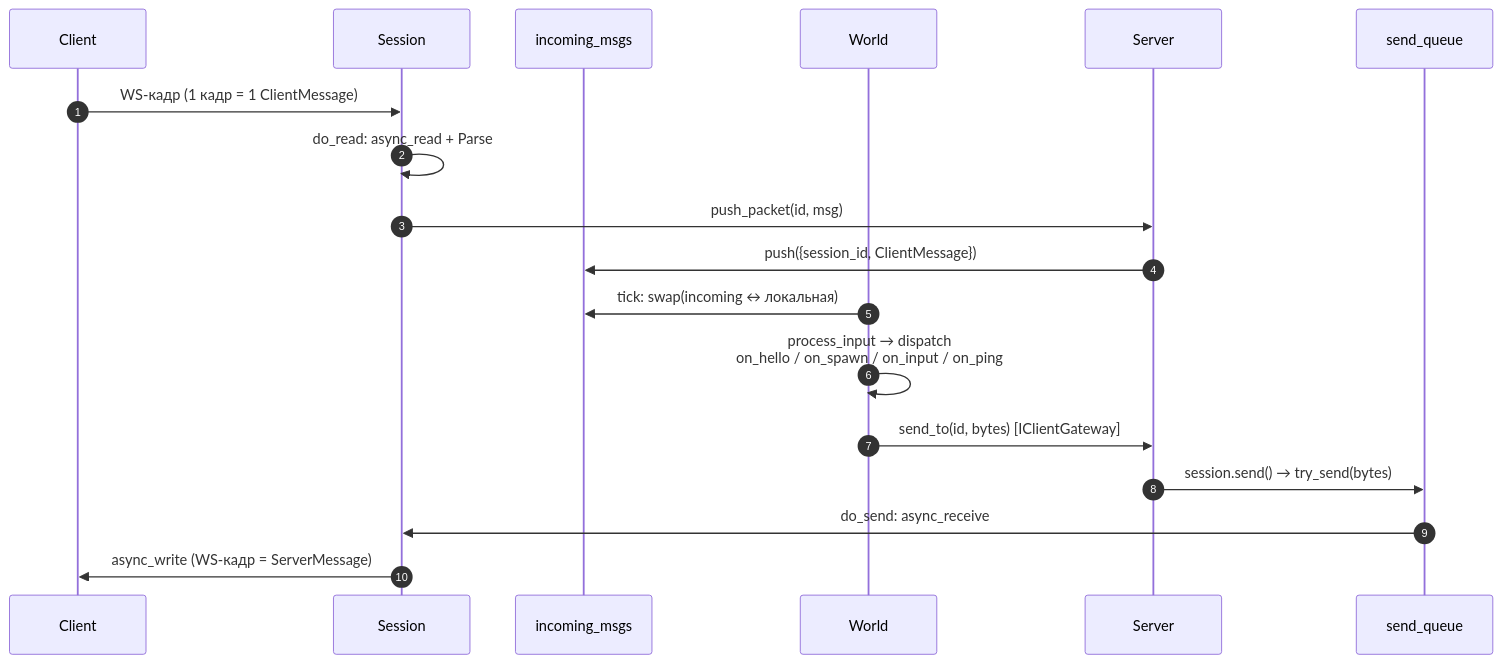
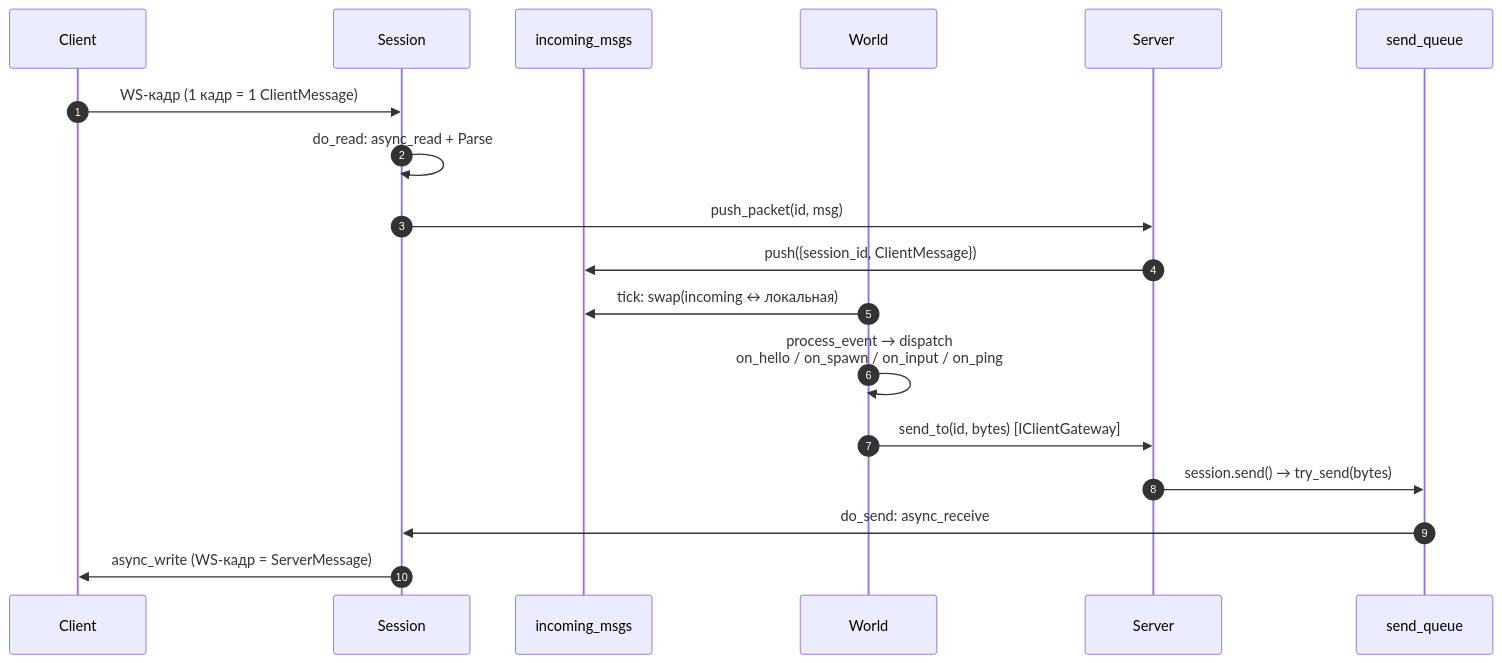
The third of 5 diagrams in server/docs/sequence-diagram.md (litcxx/Game), drawn with Mermaid before and after one commit. The commit also changed other lines of this file and 14 other files, not shown here.

````diff
--- a/server/docs/sequence-diagram.md
+++ b/server/docs/sequence-diagram.md
@@ -78,22 +78,22 @@
 ```mermaid
 sequenceDiagram
     autonumber
     participant Client
     participant sess as Session
     participant q as incoming_msgs
     participant world as World
     participant srv as Server
     participant ch as send_queue
 
     Client->>sess: WS-кадр (1 кадр = 1 ClientMessage)
     sess->>sess: do_read: async_read + Parse
     sess->>srv: push_packet(id, msg)
     srv->>q: push({session_id, ClientMessage})
 
     world->>q: tick: swap(incoming ↔ локальная)
-    world->>world: process_input → dispatch<br/>on_hello / on_spawn / on_input / on_ping
+    world->>world: process_event → dispatch<br/>on_hello / on_spawn / on_input / on_ping
     world->>srv: send_to(id, bytes)  [IClientGateway]
     srv->>ch: session.send() → try_send(bytes)
     ch->>sess: do_send: async_receive
     sess->>Client: async_write (WS-кадр = ServerMessage)
 ```
````
